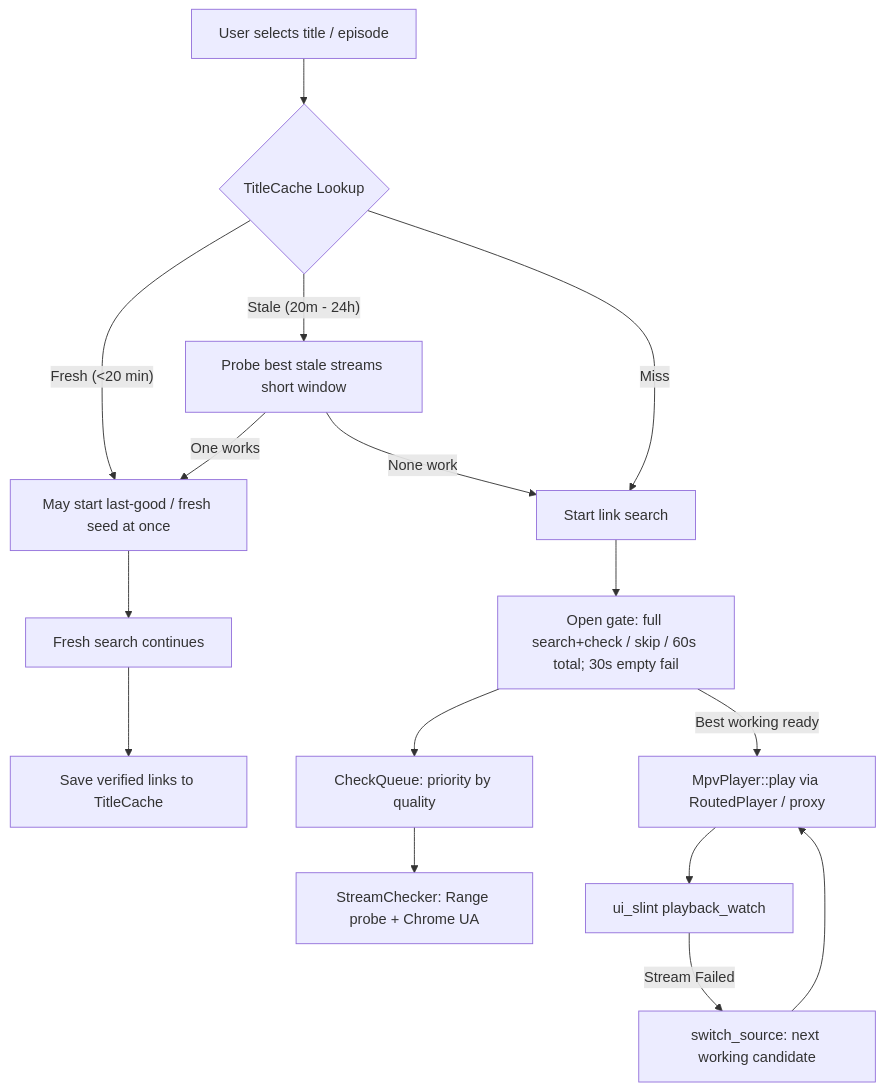
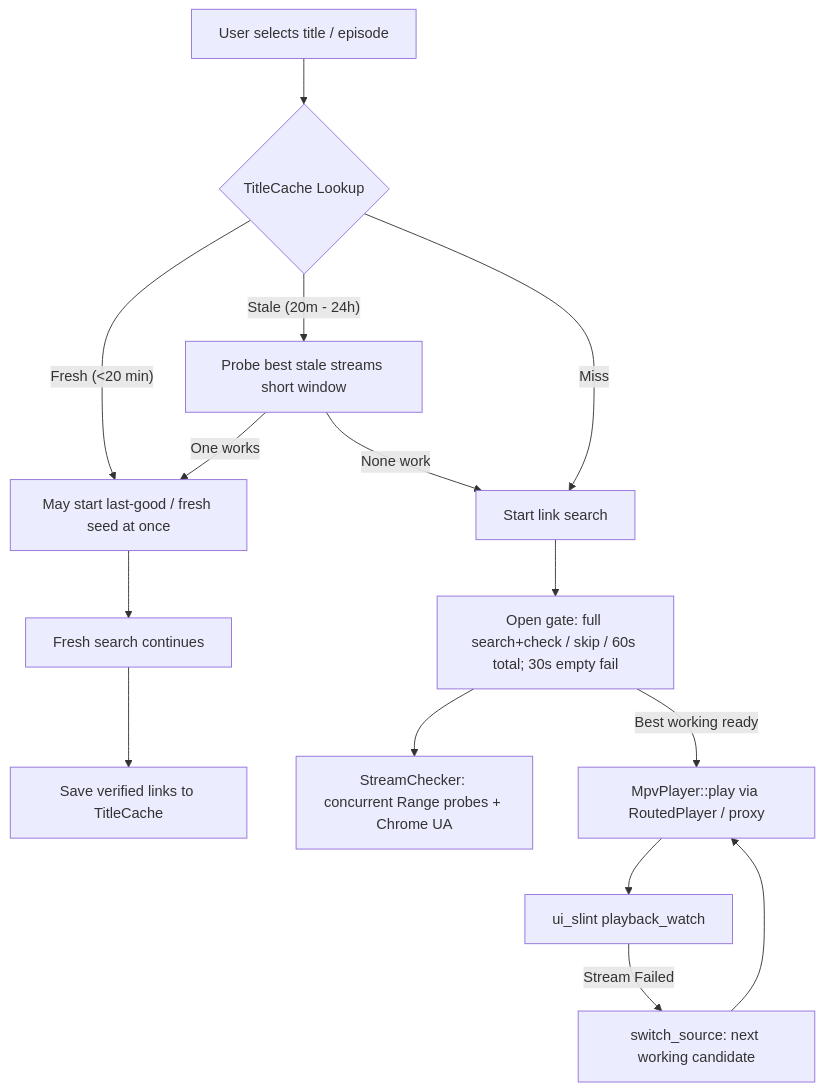
The second of 3 diagrams in AGENTS.md (CeeSmag/cloudstream-desktop-unofficial), drawn with Mermaid before and after one commit. The commit also changed other lines of this file and 9 other files, not shown here.

````diff
--- a/AGENTS.md
+++ b/AGENTS.md
@@ -488,24 +508,23 @@
 ```mermaid
 flowchart TD
     Start[User selects title / episode] --> CheckCache{TitleCache Lookup}
     
     CheckCache -- Fresh (<20 min) --> PlayCached[May start last-good / fresh seed at once]
     CheckCache -- Stale (20m - 24h) --> ProbeStale[Probe best stale streams short window]
     CheckCache -- Miss --> FullSearch[Start link search]
     
     ProbeStale -- One works --> PlayCached
     ProbeStale -- None work --> FullSearch
     
     PlayCached --> BgSearch[Fresh search continues]
     FullSearch --> Gate[Open gate: full search+check / skip / 60s total; 30s empty fail]
-    Gate --> CheckQueue[CheckQueue: priority by quality]
-    CheckQueue --> StreamChecker[StreamChecker: Range probe + Chrome UA]
+    Gate --> StreamChecker[StreamChecker: concurrent Range probes + Chrome UA]
     
     Gate -- Best working ready --> StartMpv[MpvPlayer::play via RoutedPlayer / proxy]
     StartMpv --> Monitor[ui_slint playback_watch]
     
     Monitor -- Stream Failed --> Fallback[switch_source: next working candidate]
     Fallback --> StartMpv
     
     BgSearch --> SaveCache[Save verified links to TitleCache]
 ```
````
